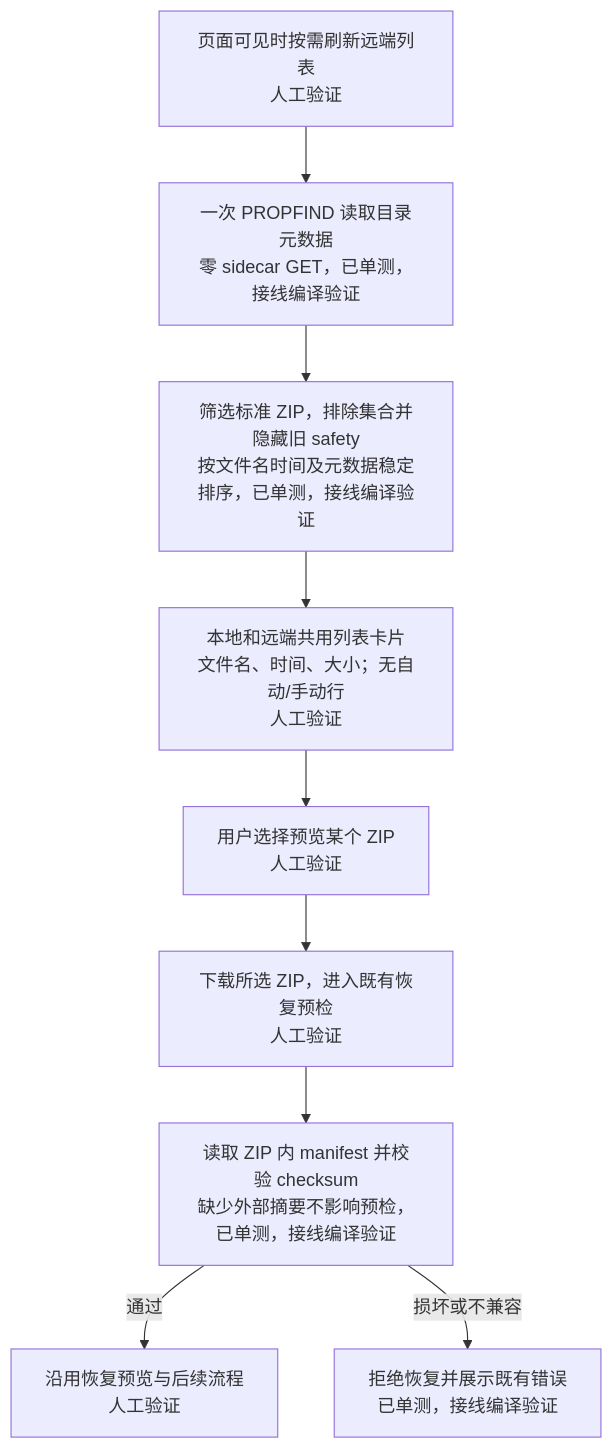
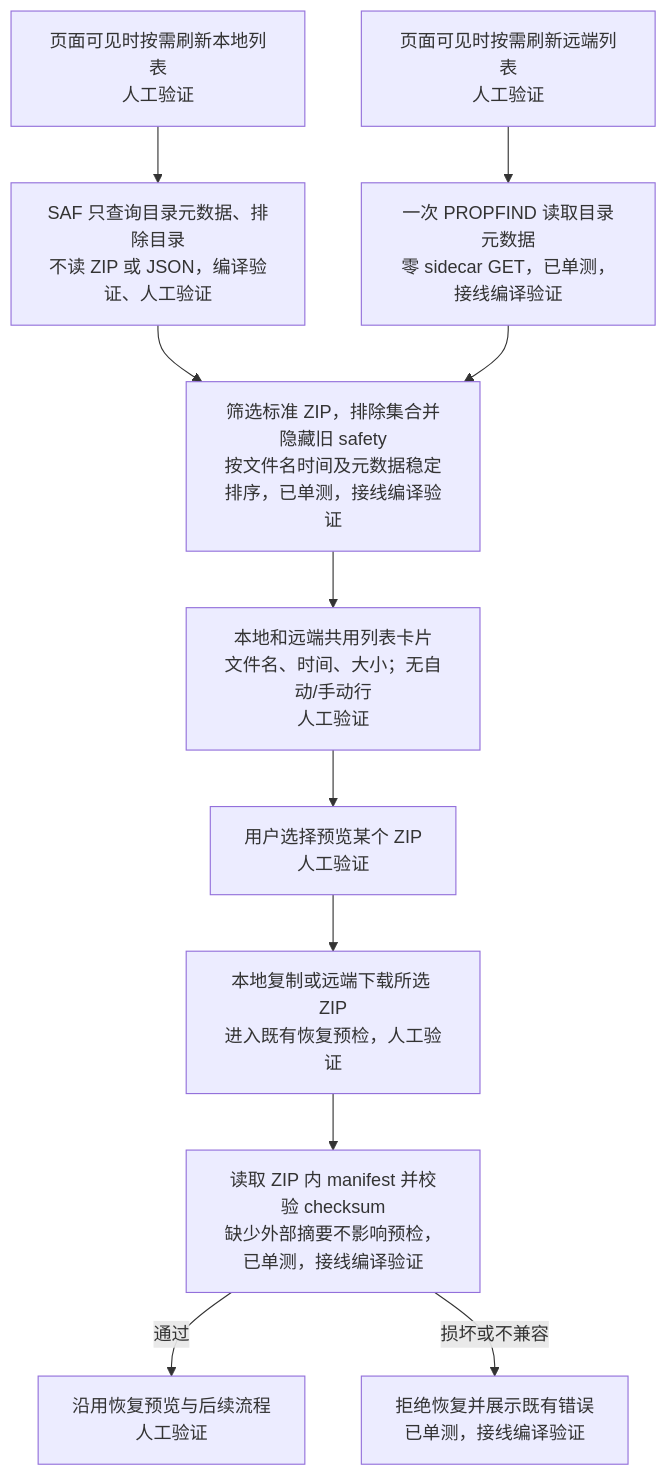
Before and after one commit to lwcla/ClipMaster: the seventh of 14 diagrams in docs/webdav_backup_plan.md, drawn with Mermaid. The commit also changed other lines of this file and 56 other files, not shown here.

````diff
--- a/docs/webdav_backup_plan.md
+++ b/docs/webdav_backup_plan.md
@@ -1406,12 +1480,14 @@
 ```mermaid
 %% title: 当前实现：基础列表与恢复入口
 flowchart TD
     Open["页面可见时按需刷新远端列表<br/>人工验证"] --> List["一次 PROPFIND 读取目录元数据<br/>零 sidecar GET，已单测，接线编译验证"]
+    LocalOpen["页面可见时按需刷新本地列表<br/>人工验证"] --> LocalList["SAF 只查询目录元数据、排除目录<br/>不读 ZIP 或 JSON，编译验证、人工验证"]
+    LocalList --> Filter
     List --> Filter["筛选标准 ZIP，排除集合并隐藏旧 safety<br/>按文件名时间及元数据稳定排序，已单测，接线编译验证"]
     Filter --> Card["本地和远端共用列表卡片<br/>文件名、时间、大小；无自动/手动行<br/>人工验证"]
     Card --> Click["用户选择预览某个 ZIP<br/>人工验证"]
-    Click --> Download["下载所选 ZIP，进入既有恢复预检<br/>人工验证"]
+    Click --> Download["本地复制或远端下载所选 ZIP<br/>进入既有恢复预检，人工验证"]
     Download --> Inspect["读取 ZIP 内 manifest 并校验 checksum<br/>缺少外部摘要不影响预检，已单测，接线编译验证"]
     Inspect -->|通过| Preview["沿用恢复预览与后续流程<br/>人工验证"]
     Inspect -->|损坏或不兼容| Reject["拒绝恢复并展示既有错误<br/>已单测，接线编译验证"]
 ```
````
